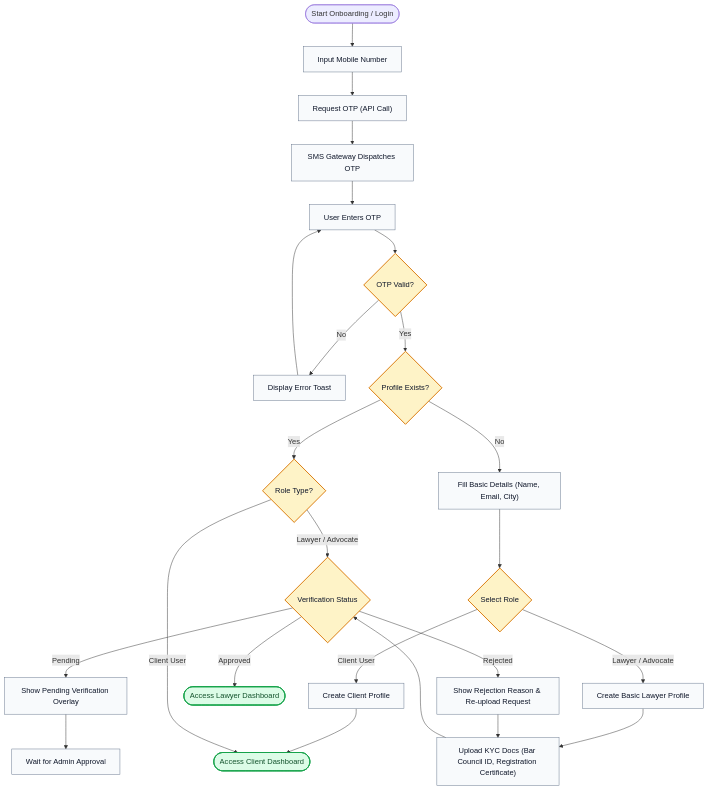
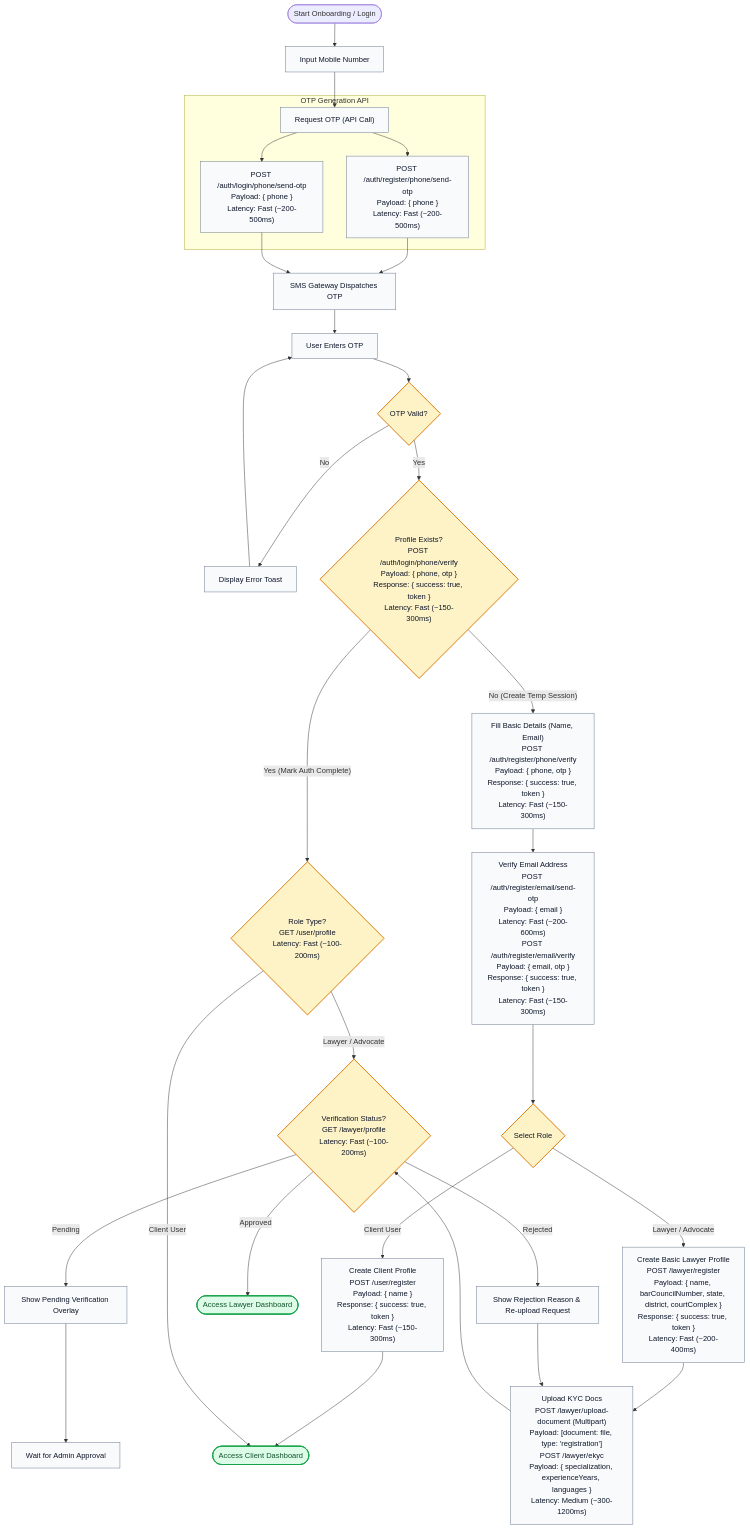
The second of 7 diagrams in README.md (RudrakshRakeshZodage/Workflow_1), drawn with Mermaid before and after one commit. The commit also changed other lines of this file, not shown here.

````diff
--- a/README.md
+++ b/README.md
@@ -70,46 +72,57 @@
 ```mermaid
 flowchart TD
     %% Styling
     classDef step fill:#f8fafc,stroke:#64748b,stroke-width:1px,color:#0f172a;
     classDef decision fill:#fef3c7,stroke:#d97706,stroke-width:2px,color:#0f172a;
     classDef success fill:#dcfce7,stroke:#16a34a,stroke-width:2px,color:#14532d;
     classDef failure fill:#fee2e2,stroke:#dc2626,stroke-width:2px,color:#7f1d1d;
 
     Start(["Start Onboarding / Login"]) --> InputPhone["Input Mobile Number"]
     InputPhone --> ReqOTP["Request OTP (API Call)"]
-    ReqOTP --> SendSMS["SMS Gateway Dispatches OTP"]
+    
+    subgraph OTP Generation API
+        ReqOTP --> SendRegisterPhone["POST /auth/register/phone/send-otp<br/>Payload: { phone }<br/>Latency: Fast (~200-500ms)"]
+        ReqOTP --> SendLoginPhone["POST /auth/login/phone/send-otp<br/>Payload: { phone }<br/>Latency: Fast (~200-500ms)"]
+    end
+
+    SendRegisterPhone --> SendSMS["SMS Gateway Dispatches OTP"]
+    SendLoginPhone --> SendSMS
+    
     SendSMS --> EnterOTP["User Enters OTP"]
     EnterOTP --> VerifyOTP{"OTP Valid?"}
 
     VerifyOTP -- No --> AlertError["Display Error Toast"]
     AlertError --> EnterOTP
 
-    VerifyOTP -- Yes --> CheckProfile{"Profile Exists?"}
+    VerifyOTP -- Yes --> CheckProfile{"Profile Exists?<br/>POST /auth/login/phone/verify<br/>Payload: { phone, otp }<br/>Response: { success: true, token }<br/>Latency: Fast (~150-300ms)"}
 
-    CheckProfile -- Yes --> CheckRole{"Role Type?"}
+    CheckProfile -- Yes (Mark Auth Complete) --> CheckRole{"Role Type?<br/>GET /user/profile<br/>Latency: Fast (~100-200ms)"}
     
-    CheckProfile -- No --> FillDetails["Fill Basic Details (Name, Email, City)"]
-    FillDetails --> ChooseRole{"Select Role"}
+    CheckProfile -- No (Create Temp Session) --> FillDetails["Fill Basic Details (Name, Email)<br/>POST /auth/register/phone/verify<br/>Payload: { phone, otp }<br/>Response: { success: true, token }<br/>Latency: Fast (~150-300ms)"]
     
-    ChooseRole -- "Client User" --> SaveClient["Create Client Profile"]
+    FillDetails --> ReqEmailOTP["Verify Email Address<br/>POST /auth/register/email/send-otp<br/>Payload: { email }<br/>Latency: Fast (~200-600ms)<br/>POST /auth/register/email/verify<br/>Payload: { email, otp }<br/>Response: { success: true, token }<br/>Latency: Fast (~150-300ms)"]
+    
+    ReqEmailOTP --> ChooseRole{"Select Role"}
+    
+    ChooseRole -- "Client User" --> SaveClient["Create Client Profile<br/>POST /user/register<br/>Payload: { name }<br/>Response: { success: true, token }<br/>Latency: Fast (~150-300ms)"]
     SaveClient --> ClientDashboard(["Access Client Dashboard"])
     
-    ChooseRole -- "Lawyer / Advocate" --> SaveLawyer["Create Basic Lawyer Profile"]
+    ChooseRole -- "Lawyer / Advocate" --> SaveLawyer["Create Basic Lawyer Profile<br/>POST /lawyer/register<br/>Payload: { name, barCouncilNumber, state, district, courtComplex }<br/>Response: { success: true, token }<br/>Latency: Fast (~200-400ms)"]
     
     CheckRole -- "Client User" --> ClientDashboard
     CheckRole -- "Lawyer / Advocate" --> CheckVerificationStatus
     
-    SaveLawyer --> UploadKYC["Upload KYC Docs (Bar Council ID, Registration Certificate)"]
-    UploadKYC --> CheckVerificationStatus{"Verification Status"}
+    SaveLawyer --> UploadKYC["Upload KYC Docs<br/>POST /lawyer/upload-document (Multipart)<br/>Payload: [document: file, type: 'registration']<br/>POST /lawyer/ekyc<br/>Payload: { specialization, experienceYears, languages }<br/>Latency: Medium (~300-1200ms)"]
+    UploadKYC --> CheckVerificationStatus{"Verification Status?<br/>GET /lawyer/profile<br/>Latency: Fast (~100-200ms)"}
     
     CheckVerificationStatus -- "Approved" --> LawyerDashboard(["Access Lawyer Dashboard"])
     CheckVerificationStatus -- "Pending" --> BlockScreen["Show Pending Verification Overlay"]
     CheckVerificationStatus -- "Rejected" --> ReUploadKYC["Show Rejection Reason & Re-upload Request"]
     
     BlockScreen --> ExitOrWait["Wait for Admin Approval"]
     ReUploadKYC --> UploadKYC
 
-    class InputPhone,ReqOTP,SendSMS,EnterOTP,AlertError,FillDetails,SaveClient,SaveLawyer,UploadKYC,BlockScreen,ReUploadKYC,ExitOrWait step;
+    class InputPhone,ReqOTP,SendRegisterPhone,SendLoginPhone,SendSMS,EnterOTP,AlertError,FillDetails,ReqEmailOTP,SaveClient,SaveLawyer,UploadKYC,BlockScreen,ReUploadKYC,ExitOrWait step;
     class VerifyOTP,CheckProfile,CheckRole,ChooseRole,CheckVerificationStatus decision;
     class ClientDashboard,LawyerDashboard success;
 ```
````
